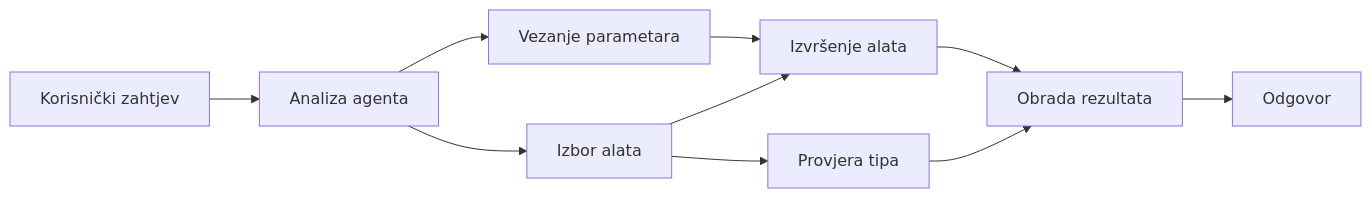
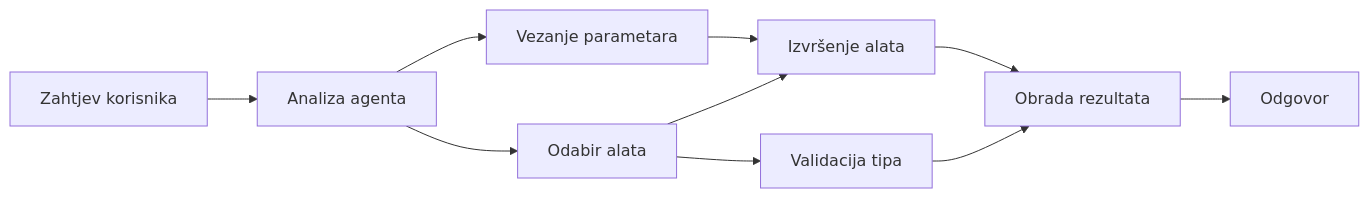
Before and after one commit to venturemavenwill/azureaifundamentals: the diagram in translations/hr/04-tool-use/code_samples/04-dotnet-agent-framework.md, drawn with Mermaid. The commit also changed other lines of this file and 2002 other files, not shown here.

````diff
--- a/translations/hr/04-tool-use/code_samples/04-dotnet-agent-framework.md
+++ b/translations/hr/04-tool-use/code_samples/04-dotnet-agent-framework.md
@@ -40,12 +40,12 @@
 ```mermaid
 graph LR
-    A[Korisnički zahtjev] --> B[Analiza agenta]
-    B --> C[Izbor alata]
-    C --> D[Provjera tipa]
+    A[Zahtjev korisnika] --> B[Analiza agenta]
+    B --> C[Odabir alata]
+    C --> D[Validacija tipa]
     B --> E[Vezanje parametara]
     E --> F[Izvršenje alata]
     C --> F
     F --> G[Obrada rezultata]
     D --> G
     G --> H[Odgovor]
 ```
````
